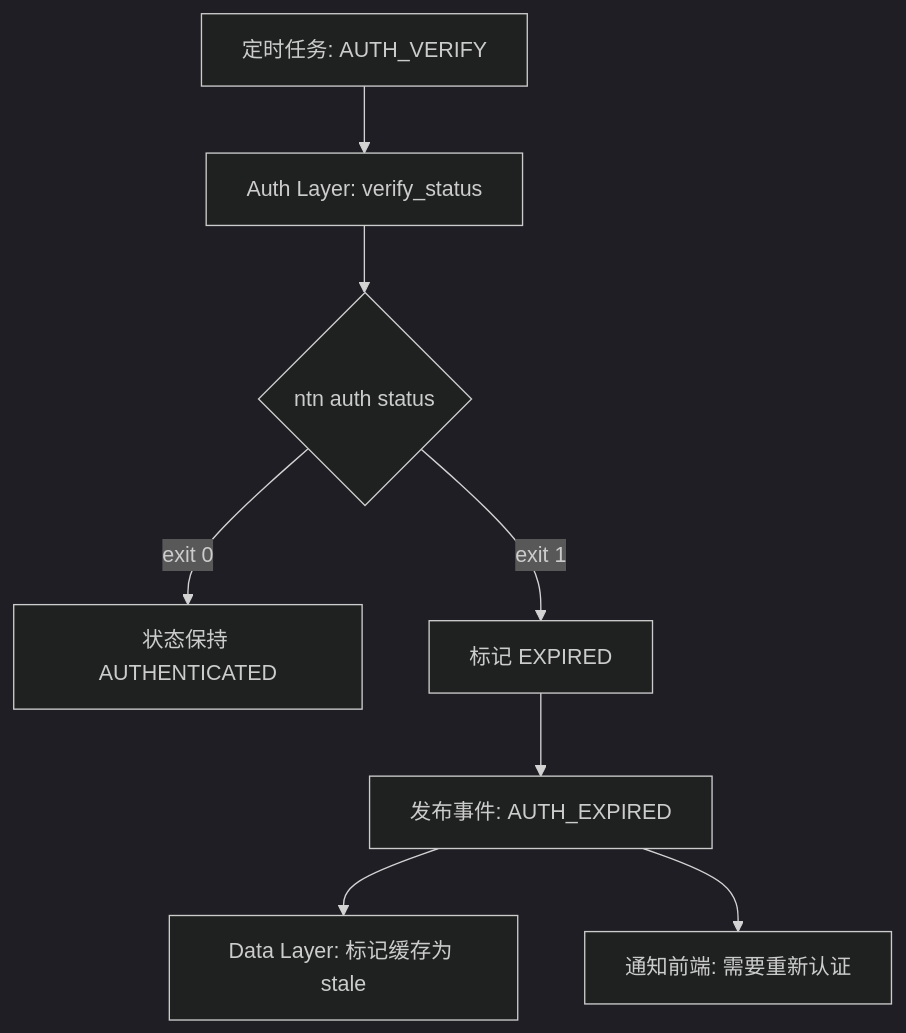
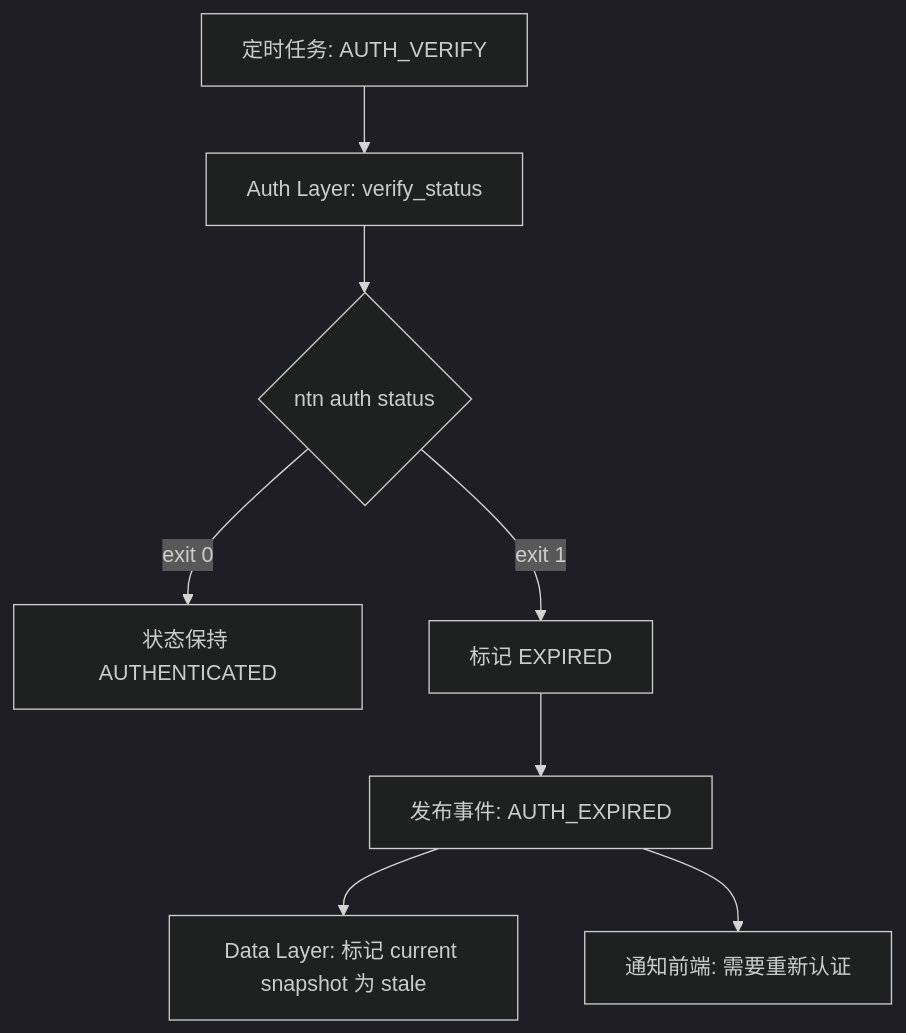
One commit to glide-the/im-dream changed the fourth of 18 diagrams in docs/design/claude-agent/notion-point/resource-connector-flowcharts.md. Above: the diagram before and after it, drawn with Mermaid (dark theme). The commit also changed other lines of this file and 16 other files, not shown here.

````diff
--- a/docs/design/claude-agent/notion-point/resource-connector-flowcharts.md
+++ b/docs/design/claude-agent/notion-point/resource-connector-flowcharts.md
@@ -136,10 +137,10 @@
 ```mermaid
 flowchart TD
     A[定时任务: AUTH_VERIFY] --> B[Auth Layer: verify_status]
     B --> C{ntn auth status}
     C -->|exit 0| D[状态保持 AUTHENTICATED]
     C -->|exit 1| E[标记 EXPIRED]
     E --> F[发布事件: AUTH_EXPIRED]
-    F --> G[Data Layer: 标记缓存为 stale]
+    F --> G[Data Layer: 标记 current snapshot 为 stale]
     F --> H[通知前端: 需要重新认证]
 ```
````
